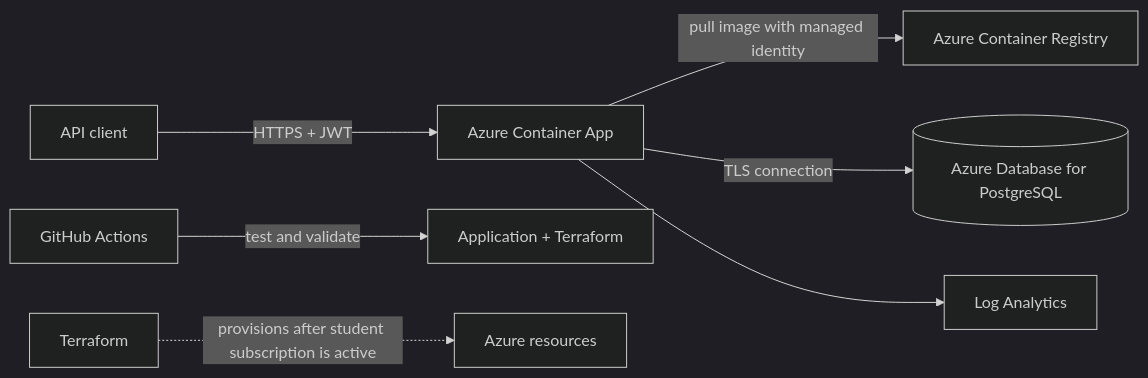
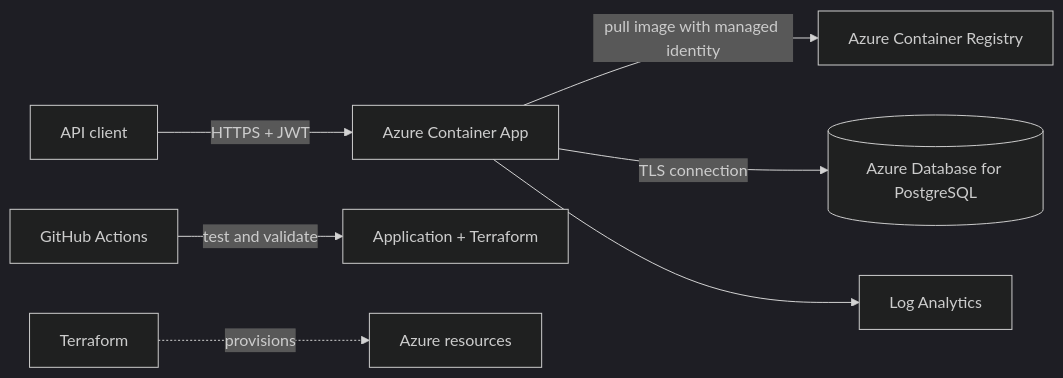
The diagram in README.md (tanprabhu/task-management-api), drawn with Mermaid (dark theme) before and after one commit. The commit also changed other lines of this file, not shown here.

````diff
--- a/README.md
+++ b/README.md
@@ -43,9 +43,9 @@
 ```mermaid
 flowchart LR
     Client[API client] -->|HTTPS + JWT| App[Azure Container App]
     App -->|pull image with managed identity| ACR[Azure Container Registry]
     App -->|TLS connection| DB[(Azure Database for PostgreSQL)]
     App --> Logs[Log Analytics]
     GHA[GitHub Actions] -->|test and validate| Repo[Application + Terraform]
-    TF[Terraform] -.->|provisions after student subscription is active| Azure[Azure resources]
+    TF[Terraform] -.->|provisions| Azure[Azure resources]
 ```
````
